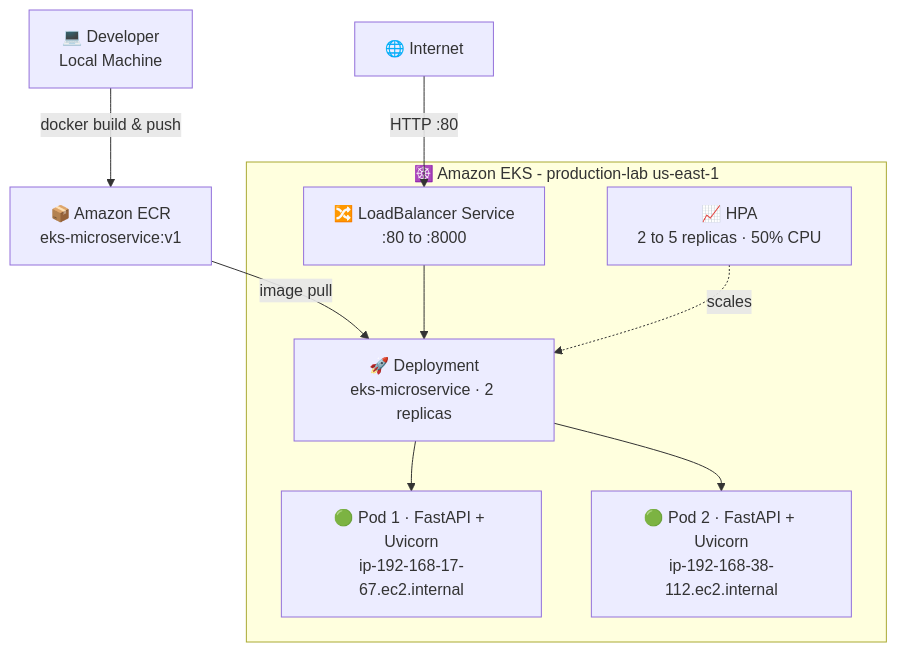
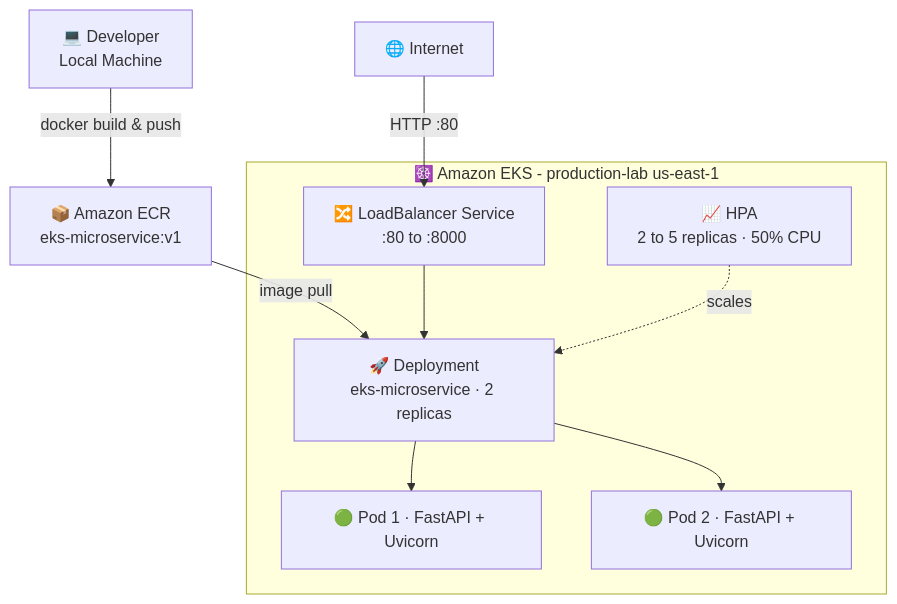
The diagram in README.md (ankushkhakale/eks-production-microservice), drawn with Mermaid before and after one commit.

Commit message:
Update Pod descriptions in README

````diff
--- a/README.md
+++ b/README.md
@@ -58,23 +58,23 @@
 ```mermaid
 graph TD
     DEV["💻 Developer\nLocal Machine"]
     USER["🌐 Internet"]
     ECR["📦 Amazon ECR\neks-microservice:v1"]
 
     DEV -->|"docker build & push"| ECR
     USER -->|"HTTP :80"| SVC
     ECR -->|"image pull"| DEP
 
     subgraph EKS["☸️ Amazon EKS - production-lab us-east-1"]
         SVC["🔀 LoadBalancer Service\n:80 to :8000"]
         DEP["🚀 Deployment\neks-microservice · 2 replicas"]
         HPA["📈 HPA\n2 to 5 replicas · 50% CPU"]
-        P1["🟢 Pod 1 · FastAPI + Uvicorn\nip-192-168-17-67.ec2.internal"]
-        P2["🟢 Pod 2 · FastAPI + Uvicorn\nip-192-168-38-112.ec2.internal"]
+        P1["🟢 Pod 1 · FastAPI + Uvicorn"]
+        P2["🟢 Pod 2 · FastAPI + Uvicorn"]
 
         SVC --> DEP
         HPA -.->|"scales"| DEP
         DEP --> P1
         DEP --> P2
     end
 ```
````
